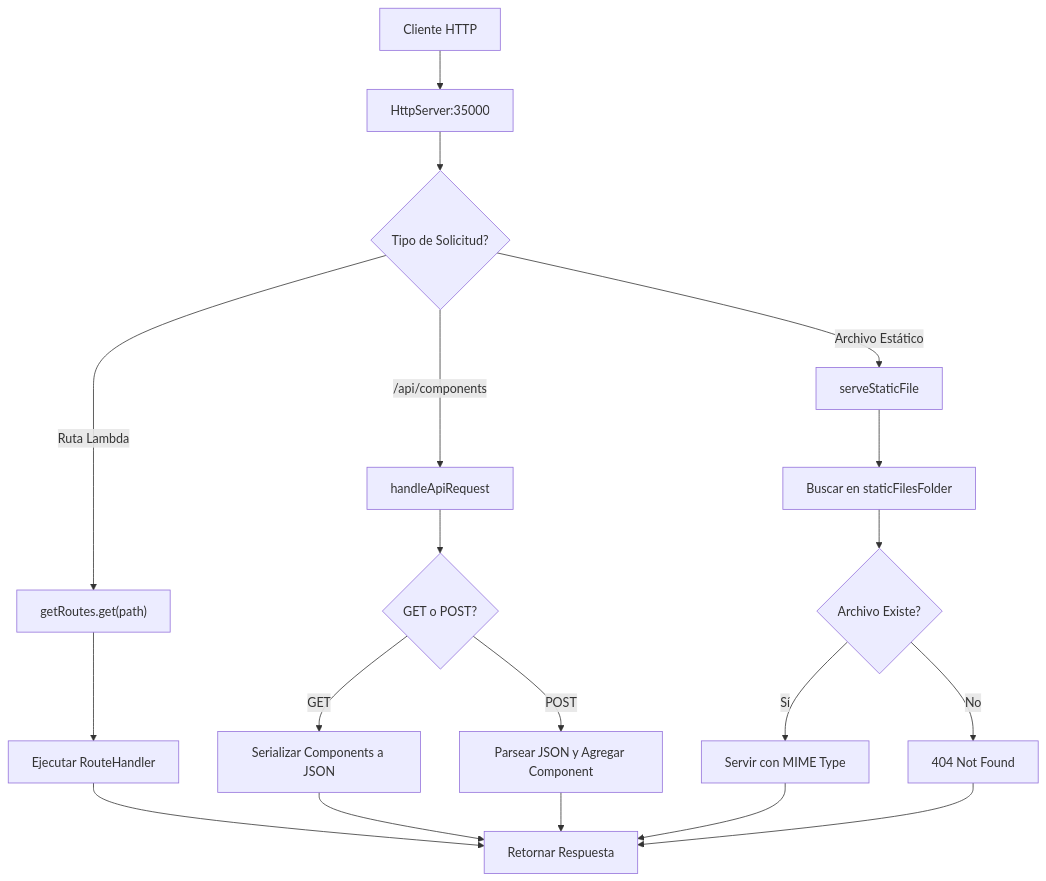
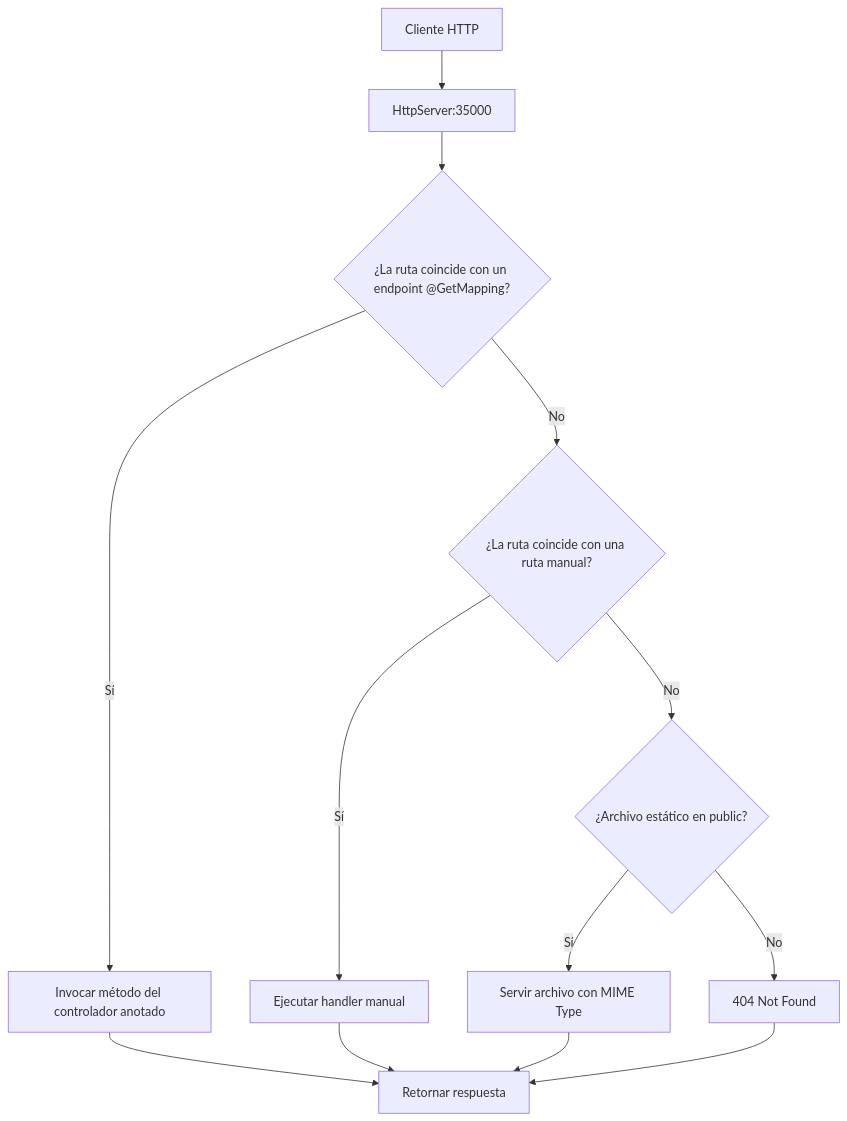
One commit to Juan-Jose-D/Taller3-AREP changed the diagram in README.md. Above: the diagram before and after it, drawn with Mermaid. The commit also changed other lines of this file and 4 other files, not shown here.

Commit message:
Implementación del controlador Post de nuestro microspring para que funcione bien la pagina index.html, cambios en el readme

````diff
--- a/README.md
+++ b/README.md
@@ -119,25 +144,15 @@
 ```mermaid
 flowchart TD
-    A[Cliente HTTP] --> B[HttpServer:35000]
-    B --> C{Tipo de Solicitud?}
-    
-    C -->|"Ruta Lambda"| D["getRoutes.get(path)"]
-    D --> E["Ejecutar RouteHandler"]
-    E --> F["Retornar Respuesta"]
-    
-    C -->|"/api/components"| G["handleApiRequest"]
-    G --> H{GET o POST?}
-    H -->|GET| I["Serializar Components a JSON"]
-    H -->|POST| J["Parsear JSON y Agregar Component"]
-    I --> F
-    J --> F
-    
-    C -->|"Archivo Estático"| K["serveStaticFile"]
-    K --> L["Buscar en staticFilesFolder"]
-    L --> M{Archivo Existe?}
-    M -->|Sí| N["Servir con MIME Type"]
-    M -->|No| O["404 Not Found"]
-    N --> F
-    O --> F
-
+  A[Cliente HTTP] --> B[HttpServer:35000]
+  B --> C{¿La ruta coincide con un endpoint @GetMapping?}
+  C -->|Sí| D["Invocar método del controlador anotado"]
+  D --> E["Retornar respuesta"]
+  C -->|No| F{¿La ruta coincide con una ruta manual?}
+  F -->|Sí| G["Ejecutar handler manual"]
+  G --> E
+  F -->|No| H{¿Archivo estático en public?}
+  H -->|Sí| I["Servir archivo con MIME Type"]
+  I --> E
+  H -->|No| J["404 Not Found"]
+  J --> E
 ```
````
